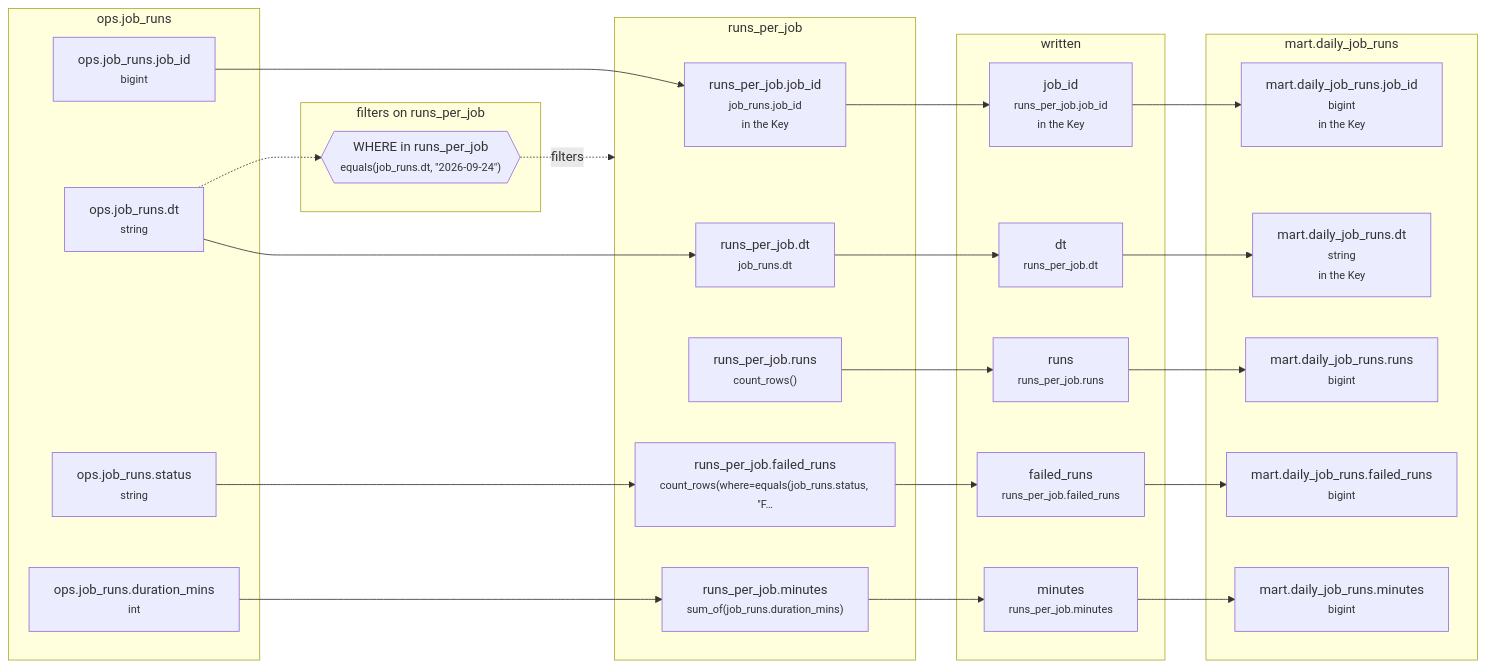
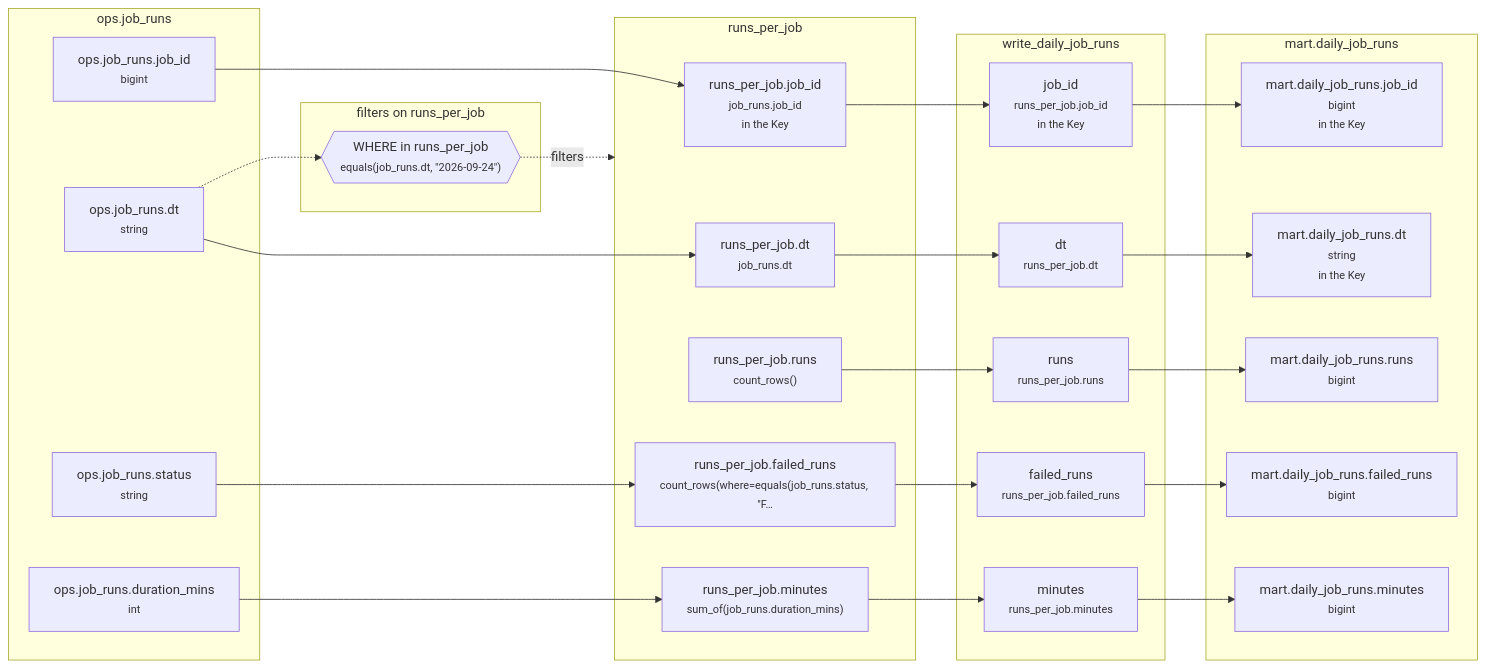
The diagram in example_projects/starter/tables/mart__daily_job_runs/lineage/20260925-060000-mart__daily_job_runs.md (EdgyPage/SQL-Composer), drawn with Mermaid before and after one commit. The commit also changed other lines of this file and 148 other files, not shown here.

````diff
--- a/example_projects/starter/tables/mart__daily_job_runs/lineage/20260925-060000-mart__daily_job_runs.md
+++ b/example_projects/starter/tables/mart__daily_job_runs/lineage/20260925-060000-mart__daily_job_runs.md
@@ -7,49 +7,49 @@
 ```mermaid
 flowchart LR
   subgraph g0["ops.job_runs"]
     n0["ops.job_runs.job_id<br/><small>bigint</small>"]
     n2["ops.job_runs.dt<br/><small>string</small>"]
     n5["ops.job_runs.status<br/><small>string</small>"]
     n7["ops.job_runs.duration_mins<br/><small>int</small>"]
   end
   subgraph g1["runs_per_job"]
     n1["runs_per_job.job_id<br/><small>job_runs.job_id</small><br/><small>in the Key</small>"]
     n3["runs_per_job.dt<br/><small>job_runs.dt</small>"]
     n4["runs_per_job.runs<br/><small>count_rows()</small>"]
     n6["runs_per_job.failed_runs<br/><small>count_rows(where=equals(job_runs.status, #quot;F…</small>"]
     n8["runs_per_job.minutes<br/><small>sum_of(job_runs.duration_mins)</small>"]
   end
   subgraph g2["filters on runs_per_job"]
     n9{{"WHERE in runs_per_job<br/><small>equals(job_runs.dt, #quot;2026-09-24#quot;)</small>"}}
   end
-  subgraph g3["written"]
+  subgraph g3["write_daily_job_runs"]
     n10["job_id<br/><small>runs_per_job.job_id</small><br/><small>in the Key</small>"]
     n11["runs<br/><small>runs_per_job.runs</small>"]
     n12["failed_runs<br/><small>runs_per_job.failed_runs</small>"]
     n13["minutes<br/><small>runs_per_job.minutes</small>"]
     n14["dt<br/><small>runs_per_job.dt</small>"]
   end
   subgraph g4["mart.daily_job_runs"]
     n15["mart.daily_job_runs.job_id<br/><small>bigint</small><br/><small>in the Key</small>"]
     n16["mart.daily_job_runs.runs<br/><small>bigint</small>"]
     n17["mart.daily_job_runs.failed_runs<br/><small>bigint</small>"]
     n18["mart.daily_job_runs.minutes<br/><small>bigint</small>"]
     n19["mart.daily_job_runs.dt<br/><small>string</small><br/><small>in the Key</small>"]
   end
   n0 --> n1
   n2 --> n3
   n5 --> n6
   n7 --> n8
   n2 -.-> n9
   n1 --> n10
   n4 --> n11
   n6 --> n12
   n8 --> n13
   n3 --> n14
   n10 --> n15
   n11 --> n16
   n12 --> n17
   n13 --> n18
   n14 --> n19
   n9 -.->|filters| g1
 ```
````
